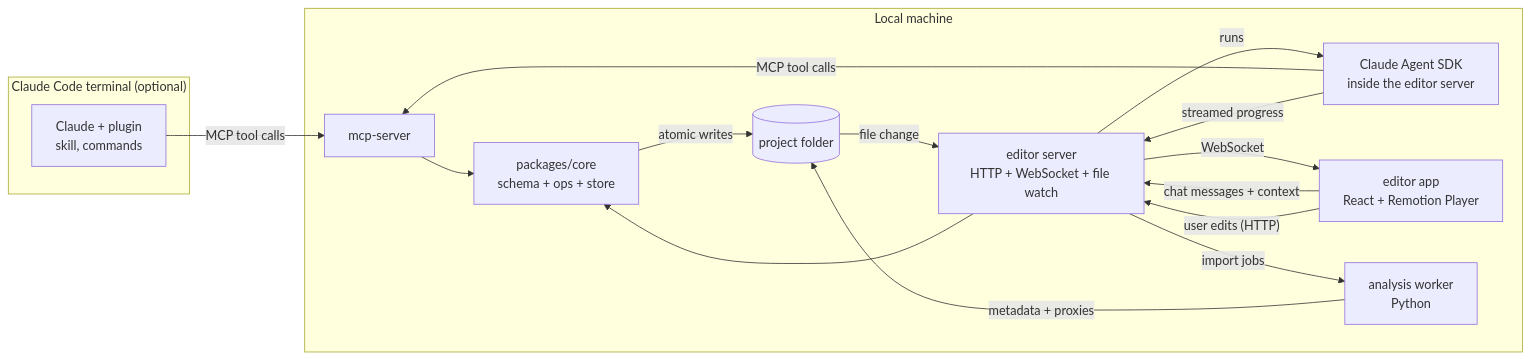
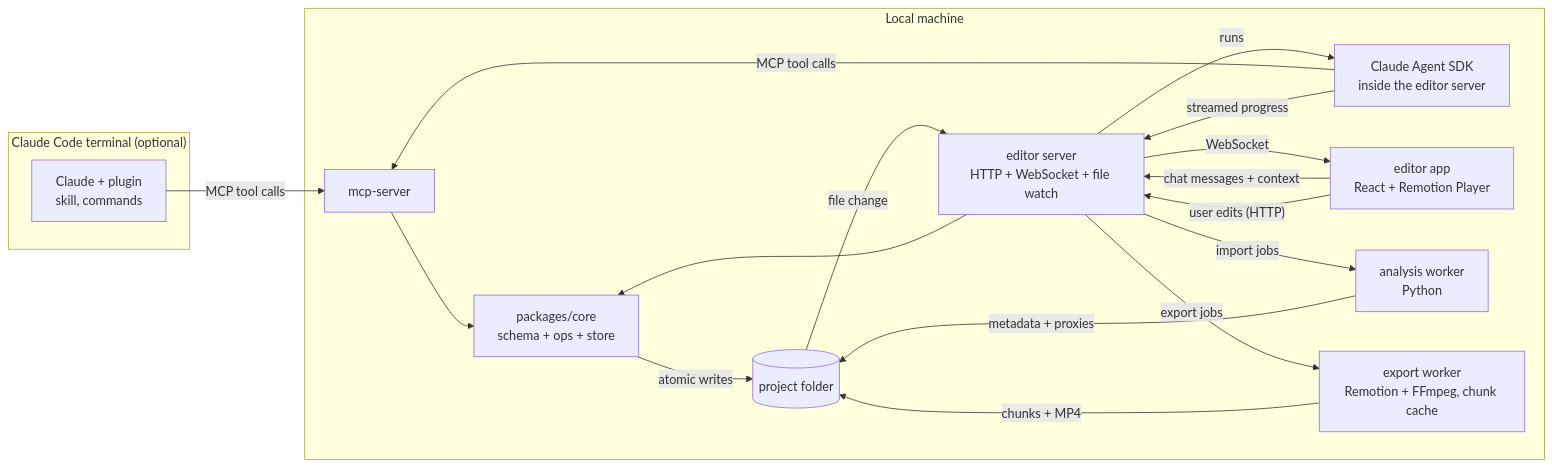
One commit to Prathmeshgumal/claude-cut changed the diagram in docs/design.md. Above: the diagram before and after it, drawn with Mermaid. The commit also changed other lines of this file, not shown here.

````diff
--- a/docs/design.md
+++ b/docs/design.md
@@ -53,28 +69,31 @@
 ```mermaid
 flowchart LR
     subgraph TERM["Claude Code terminal (optional)"]
       CC[Claude + plugin<br/>skill, commands]
     end
     subgraph Local machine
       AG[Claude Agent SDK<br/>inside the editor server]
       MCP[mcp-server]
       CORE[packages/core<br/>schema + ops + store]
       SRV[editor server<br/>HTTP + WebSocket + file watch]
       UI[editor app<br/>React + Remotion Player]
       AN[analysis worker<br/>Python]
+      EXP[export worker<br/>Remotion + FFmpeg, chunk cache]
       FS[(project folder)]
     end
     CC -- MCP tool calls --> MCP
     UI -- chat messages + context --> SRV
     SRV -- runs --> AG
     AG -- MCP tool calls --> MCP
     AG -- streamed progress --> SRV
     MCP --> CORE
     SRV --> CORE
     CORE -- atomic writes --> FS
     FS -- file change --> SRV
     SRV -- WebSocket --> UI
     UI -- user edits (HTTP) --> SRV
     SRV -- import jobs --> AN
     AN -- metadata + proxies --> FS
+    SRV -- export jobs --> EXP
+    EXP -- chunks + MP4 --> FS
 ```
````
